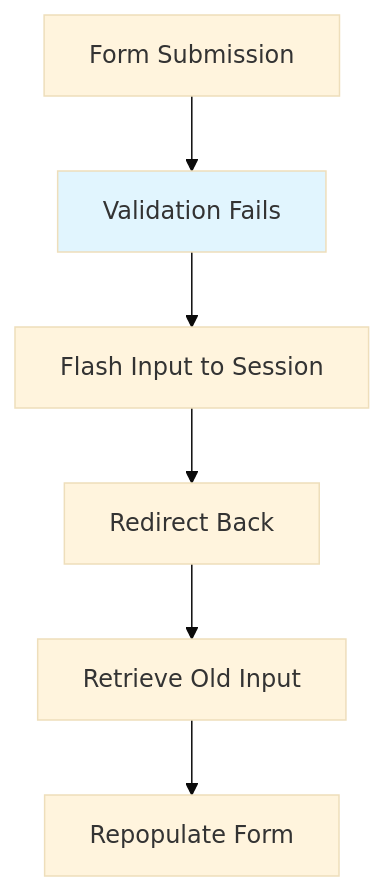
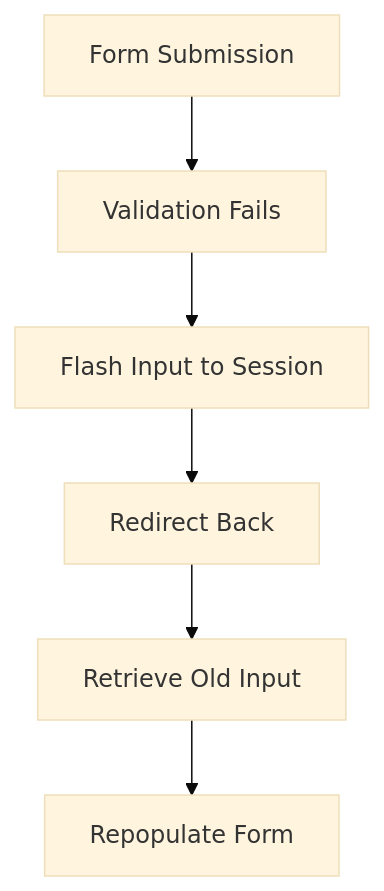
One commit to abhayraj-ops/Laravel-Docs changed the ninth of 10 diagrams in laravel-8.x/12-request.md. Above: the diagram before and after it, drawn with Mermaid (base theme). The commit also changed other lines of this file, not shown here.

Commit message:
Fix mermaid diagrams by removing styles and escaping special characters

````diff
--- a/laravel-8.x/12-request.md
+++ b/laravel-8.x/12-request.md
@@ -685,9 +678,8 @@
 ```mermaid
 graph TD
-    A[Form Submission] --> B[Validation Fails]
-    B --> C[Flash Input to Session]
-    C --> D[Redirect Back]
-    D --> E[Retrieve Old Input]
-    E --> F[Repopulate Form]
-    style B fill:#e1f5fe
+    A["Form Submission"] --> B["Validation Fails"]
+    B --> C["Flash Input to Session"]
+    C --> D["Redirect Back"]
+    D --> E["Retrieve Old Input"]
+    E --> F["Repopulate Form"]
 ```
````
